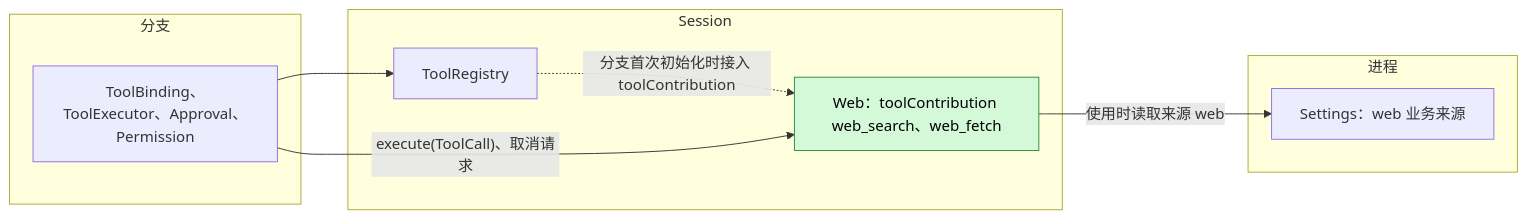
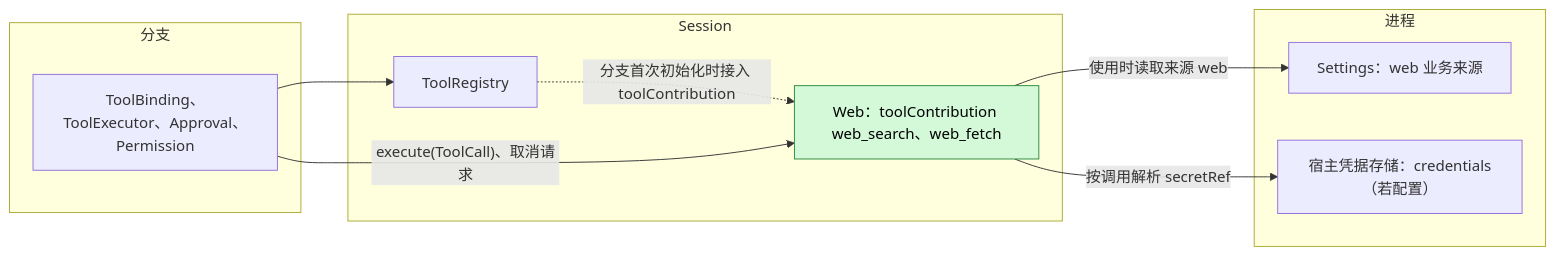
One commit to CoutinhoTTS/dim-agent changed the first of 5 diagrams in docs/zh/design/plugins/Web.md. Above: the diagram before and after it, drawn with Mermaid. The commit also changed other lines of this file and 1 other file, not shown here.

Commit message:
docs(web): follow the delivered credential contract

````diff
--- a/docs/zh/design/plugins/Web.md
+++ b/docs/zh/design/plugins/Web.md
@@ -9,18 +9,20 @@
 ```mermaid
 flowchart LR
   subgraph PROC["进程"]
     Settings["Settings：web 业务来源"]
+    Credentials["宿主凭据存储：credentials（若配置）"]
   end
   subgraph SESS["Session"]
     Web["Web：toolContribution web_search、web_fetch"]:::new
     ToolRegistry["ToolRegistry"]
   end
   subgraph BR["分支"]
     Exec["ToolBinding、ToolExecutor、Approval、Permission"]
   end
   Web -->|"使用时读取来源 web"| Settings
+  Web -->|"按调用解析 secretRef"| Credentials
   ToolRegistry -.->|"分支首次初始化时接入 toolContribution"| Web
   Exec --> ToolRegistry
   Exec -->|"execute(ToolCall)、取消请求"| Web
   classDef new fill:#d3f9d8,stroke:#2b8a3e,color:#000
 ```
````
